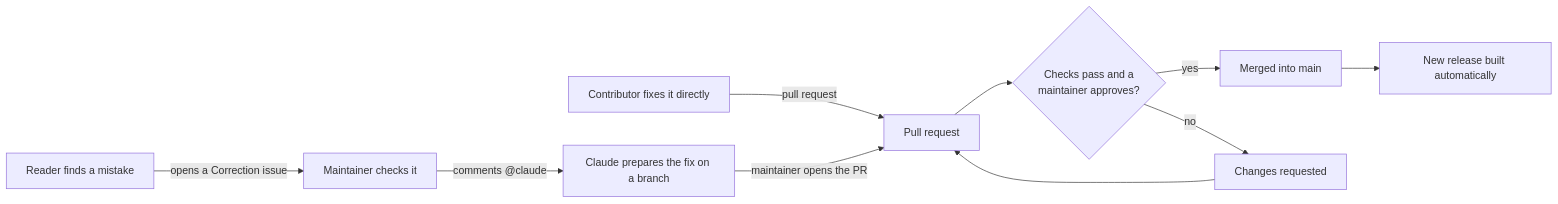
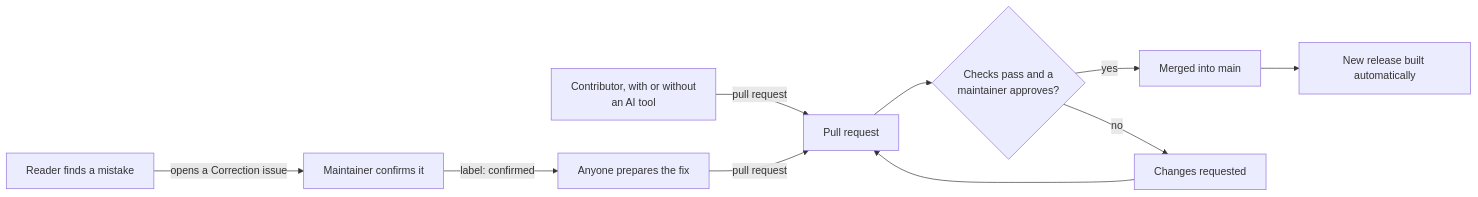
The diagram in README.md (maronesy/translation), drawn with Mermaid before and after one commit. The commit also changed other lines of this file and 7 other files, not shown here.

First line of the commit message:
Open the project to any AI tool: remove Claude Action, add AGENTS.md

````diff
--- a/README.md
+++ b/README.md
@@ -31,12 +31,12 @@
 ```mermaid
 flowchart LR
-    A[Reader finds a mistake] -->|opens a Correction issue| B[Maintainer checks it]
-    B -->|comments @claude| C[Claude prepares the fix on a branch]
-    D[Contributor fixes it directly] -->|pull request| E
-    C -->|maintainer opens the PR| E[Pull request]
+    A[Reader finds a mistake] -->|opens a Correction issue| B[Maintainer confirms it]
+    B -->|label: confirmed| C[Anyone prepares the fix]
+    D[Contributor, with or without<br/>an AI tool] -->|pull request| E
+    C -->|pull request| E[Pull request]
     E --> F{Checks pass and a<br/>maintainer approves?}
     F -->|yes| G[Merged into main]
     F -->|no| H[Changes requested]
     H --> E
     G --> I[New release built automatically]
 ```
````
